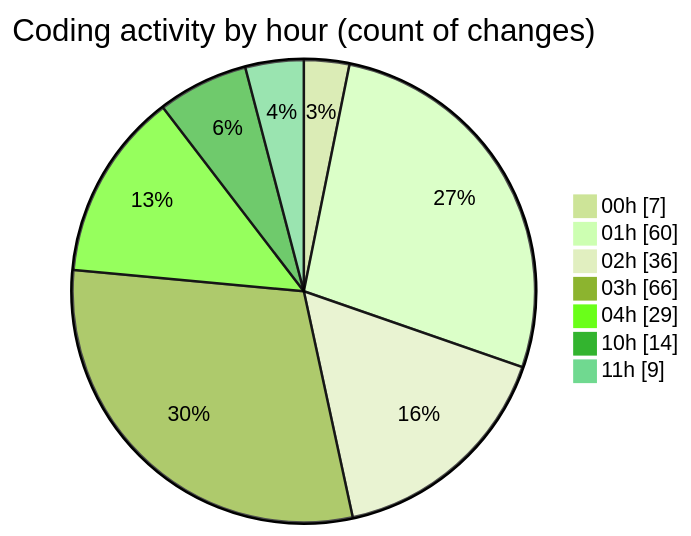
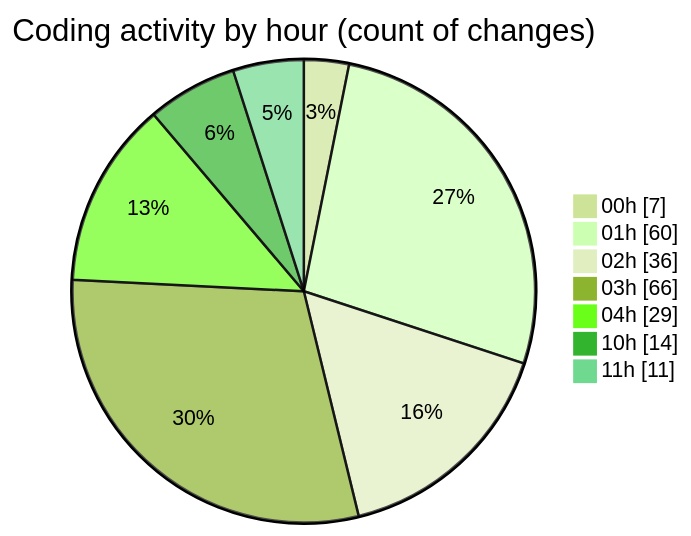
One commit to julien-gomy/code-tracking changed the second of 2 diagrams in 2025-10-07/eventscop-frontend-guide__workspace_/README.md. Above: the diagram before and after it, drawn with Mermaid (forest theme). The commit also changed other lines of this file and 1 other file, not shown here.

````diff
--- a/2025-10-07/eventscop-frontend-guide__workspace_/README.md
+++ b/2025-10-07/eventscop-frontend-guide__workspace_/README.md
@@ -102,11 +102,11 @@
 ```mermaid
 pie showData
 title Coding activity by hour (count of changes)
 "00h" : 7
 "01h" : 60
 "02h" : 36
 "03h" : 66
 "04h" : 29
 "10h" : 14
-"11h" : 9
+"11h" : 11
 ```
````
